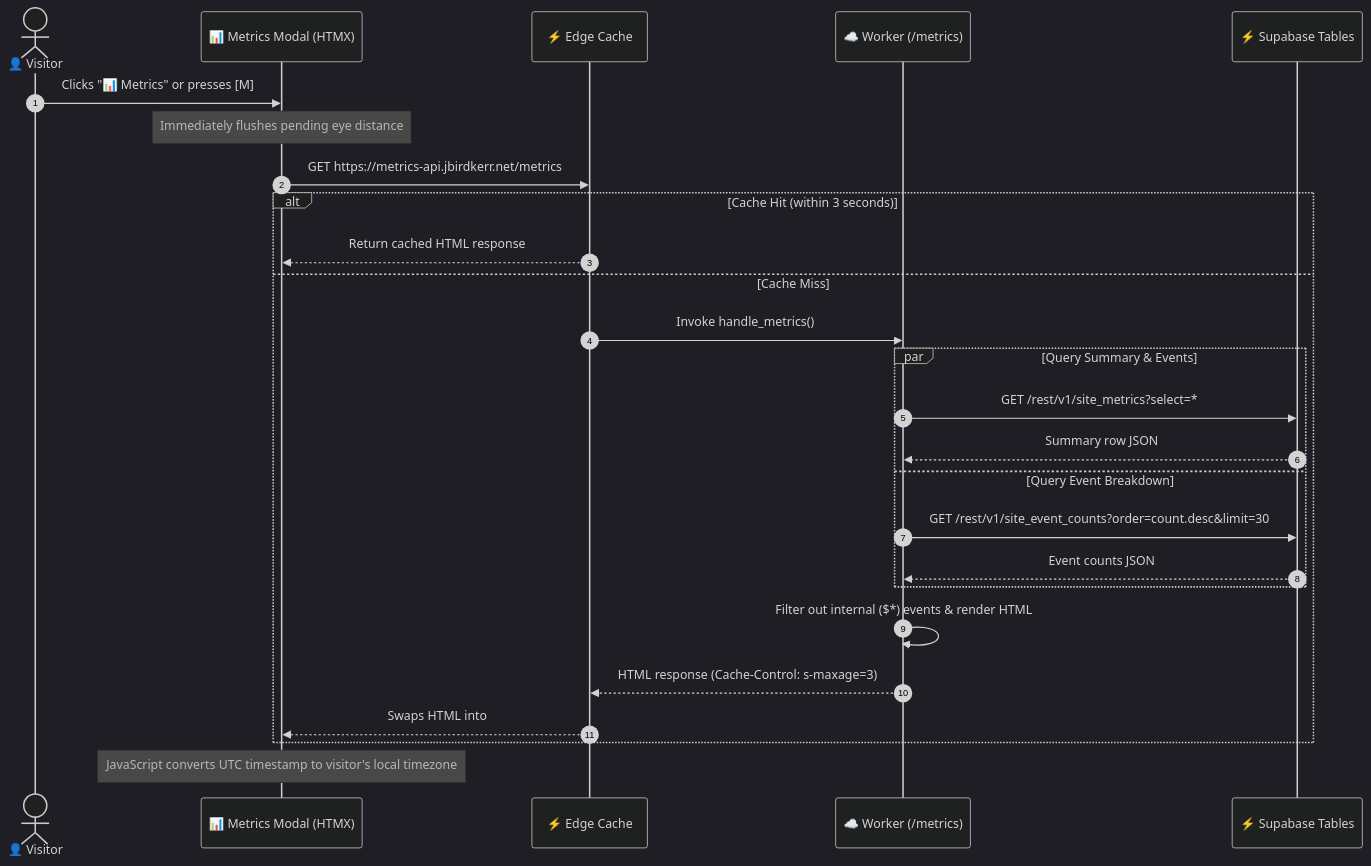
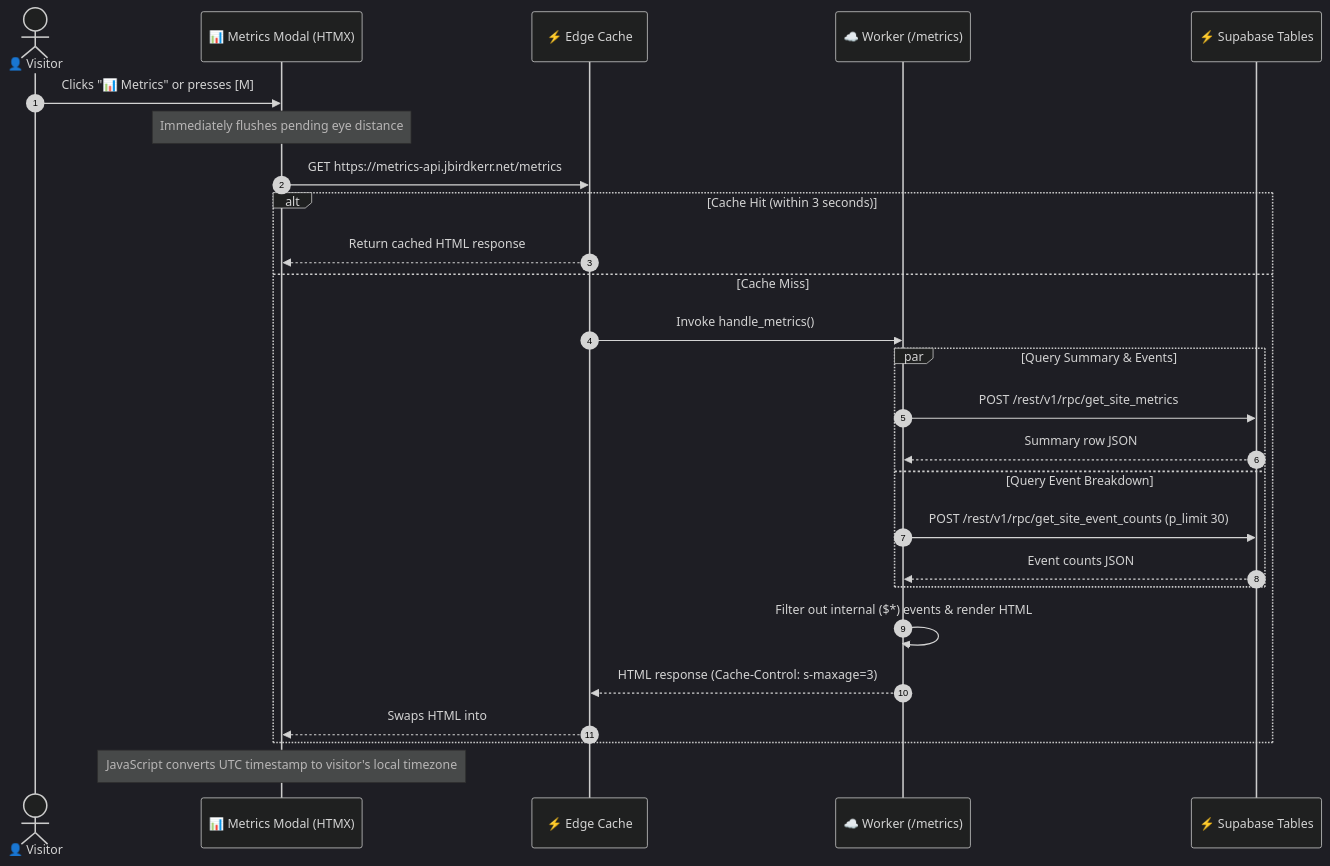
One commit to jbirdkerr/jbirdkerr-net changed the second of 2 diagrams in apps/metrics-worker/docs/metrics-pipeline.md. Above: the diagram before and after it, drawn with Mermaid (dark theme). The commit also changed 6 other files, not shown here.

First line of the commit message:
feat(metrics-worker): use the AppOps API token with service-role fallback

````diff
--- a/apps/metrics-worker/docs/metrics-pipeline.md
+++ b/apps/metrics-worker/docs/metrics-pipeline.md
@@ -57,31 +57,31 @@
 ```mermaid
 sequenceDiagram
     autonumber
     actor User as 👤 Visitor
     participant Modal as 📊 Metrics Modal (HTMX)
     participant Cache as ⚡ Edge Cache
     participant Worker as ☁️ Worker (/metrics)
     participant DB as ⚡ Supabase Tables
 
     User->>Modal: Clicks "📊 Metrics" or presses [M]
     Note over Modal: Immediately flushes pending eye distance
     Modal->>Cache: GET https://metrics-api.jbirdkerr.net/metrics
 
     alt Cache Hit (within 3 seconds)
         Cache-->>Modal: Return cached HTML response
     else Cache Miss
         Cache->>Worker: Invoke handle_metrics()
         par Query Summary & Events
-            Worker->>DB: GET /rest/v1/site_metrics?select=*
+            Worker->>DB: POST /rest/v1/rpc/get_site_metrics
             DB-->>Worker: Summary row JSON
         and Query Event Breakdown
-            Worker->>DB: GET /rest/v1/site_event_counts?order=count.desc&limit=30
+            Worker->>DB: POST /rest/v1/rpc/get_site_event_counts (p_limit 30)
             DB-->>Worker: Event counts JSON
         end
         Worker->>Worker: Filter out internal ($*) events & render HTML
         Worker-->>Cache: HTML response (Cache-Control: s-maxage=3)
         Cache-->>Modal: Swaps HTML into #metrics-container
     end
 
     Note over Modal: JavaScript converts UTC timestamp to visitor's local timezone
 ```
````
